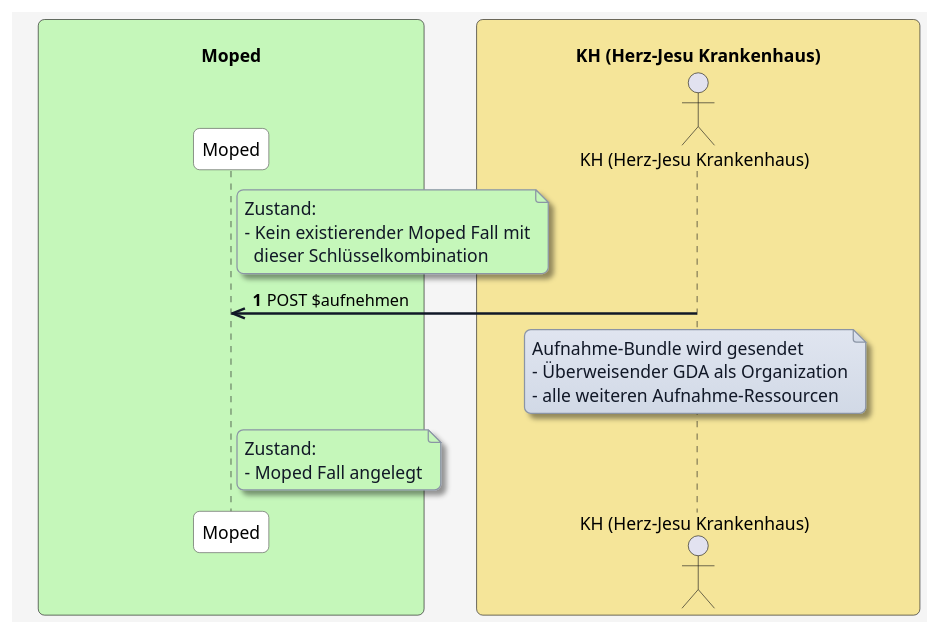
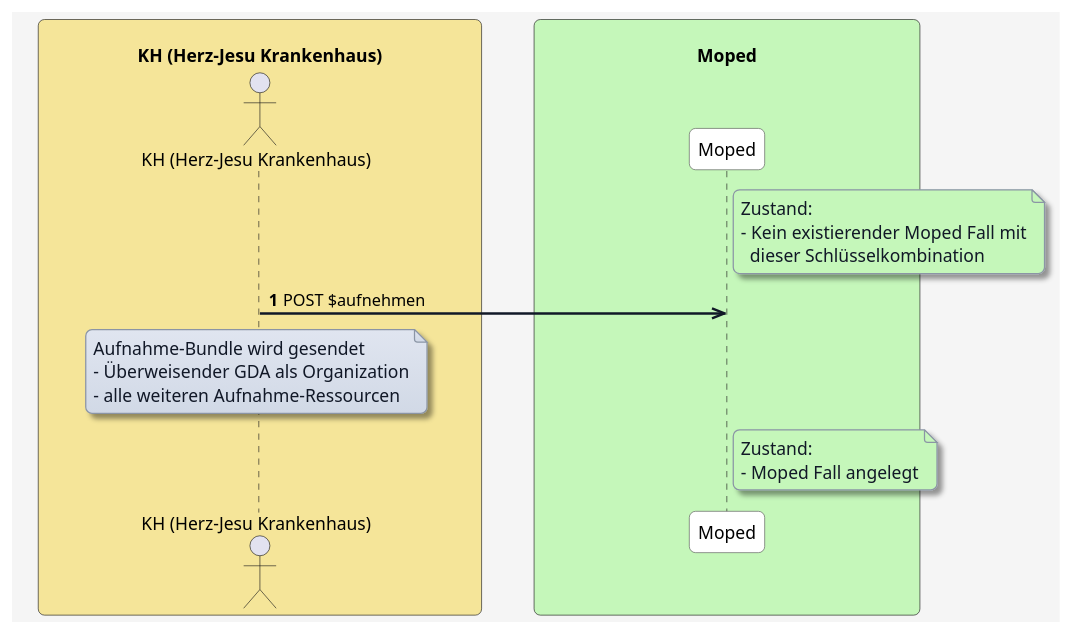
The diagram in input/images-source/Aufnahme/aufnehmen-ueberweisung.plantuml (HL7Austria/ELGA-MOPED-R5), drawn with PlantUML before and after one commit. The commit also changed 13 other files, not shown here.

```diff
--- a/input/images-source/Aufnahme/aufnehmen-ueberweisung.plantuml
+++ b/input/images-source/Aufnahme/aufnehmen-ueberweisung.plantuml
@@ -1,73 +1,72 @@
 @startuml
 skinparam borderColor #000000
 skinparam backgroundColor #f5f5f5
 skinparam shadowing false
 skinparam roundCorner 10
 skinparam defaultFontName "Arial"
 skinparam defaultFontSize 14
 skinparam defaultFontColor #000000
 
 skinparam note {
   BackgroundColor #e0e5f0-#d1d9e6
   BorderColor #8b95a5
   BorderThickness 1
   RoundCorner 8
   Padding 6
   FontColor #111827
   Shadowing true
 }
 
 skinparam HyperlinkColor #0000EE
 skinparam HyperlinkUnderline false
 
 skinparam sequence {
   ParticipantBorderColor #555555
   ParticipantBackgroundColor #ffffff
   ParticipantFontColor #000000
   ParticipantFontSize 14
   ParticipantPadding 20
   ArrowColor #111827
   ArrowThickness 2
   ArrowFontColor #000000
   ArrowFontSize 13
   GroupBorderColor #111827
   GroupBackgroundColor #f3f4f6
   GroupBorderThickness 1
 }
 
 skinparam BoxPadding 20
 skinparam BoxBorderColor #555555
 
-box "\n                                   Moped                                   " #c5f7ba
-  participant MP as "Moped"
-end box
-
 box "\n                     KH (Herz-Jesu Krankenhaus)                     " #f5e599
   actor KH as "KH (Herz-Jesu Krankenhaus)"
 end box
 
+box "\n                                   Moped                                   " #c5f7ba
+  participant MP as "Moped"
+end box
 
 autonumber
 
 autonumber
 
 note right of MP #c5f7ba
 Zustand:
 - Kein existierender Moped Fall mit
   dieser Schlüsselkombination
 end note
 
 KH ->> MP: POST $aufnehmen
 
 note over KH
 Aufnahme-Bundle wird gesendet
 - Überweisender GDA als Organization
 - alle weiteren Aufnahme-Ressourcen
 end note
 
 note right of MP #c5f7ba
 Zustand:
 - Moped Fall angelegt
 end note
 
 @enduml
```
